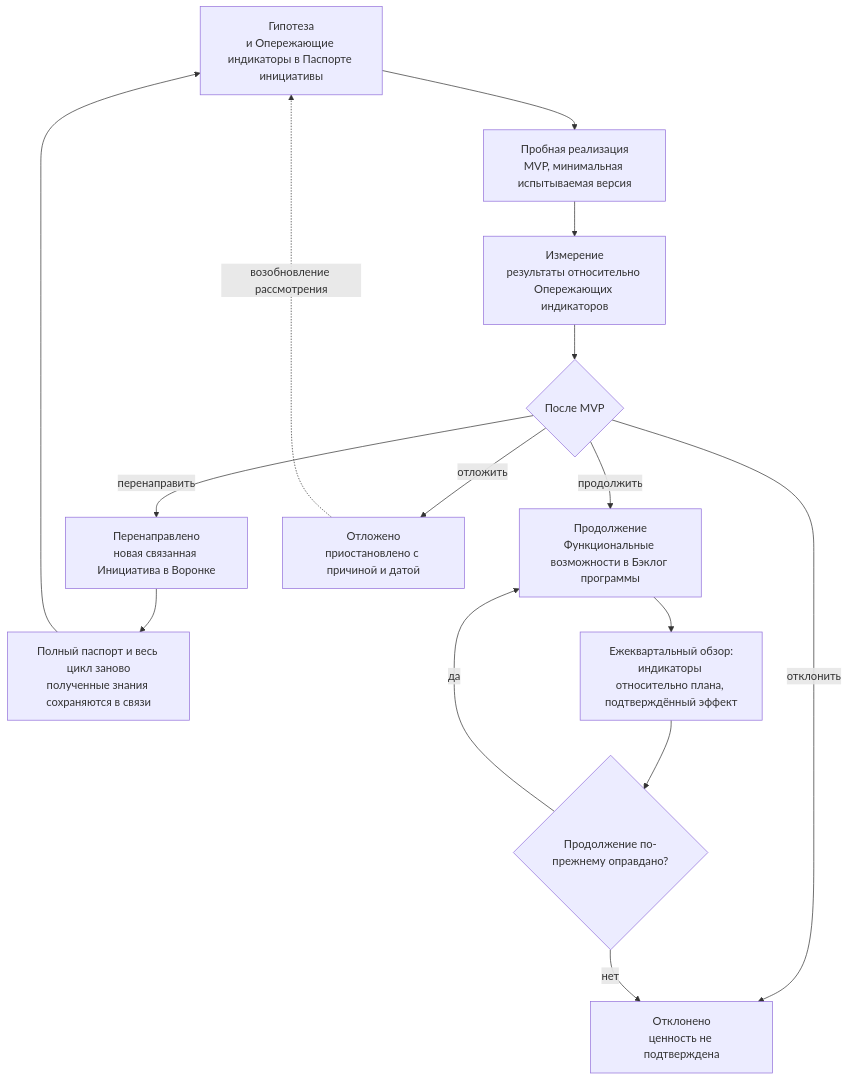
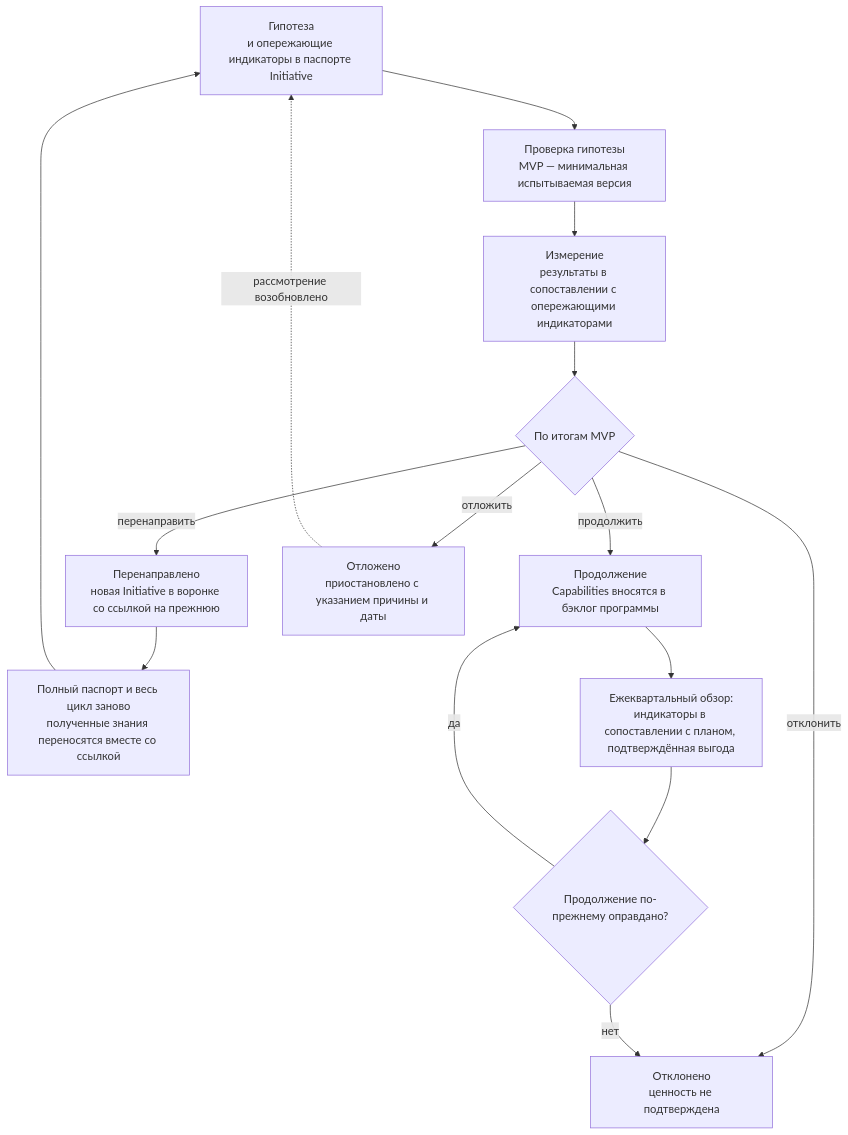
The seventh of 8 diagrams in charter/ru/documents/portfolio-management-model.md (devhogu/ob-aicc), drawn with Mermaid before and after one commit. The commit also changed other lines of this file and 4 other files, not shown here.

````diff
--- a/charter/ru/documents/portfolio-management-model.md
+++ b/charter/ru/documents/portfolio-management-model.md
@@ -271,17 +271,17 @@
 ```mermaid
 flowchart TB
-  H["Гипотеза<br/>и Опережающие индикаторы в Паспорте инициативы"] --> P["Пробная реализация<br/>MVP, минимальная испытываемая версия"]
-  P --> M["Измерение<br/>результаты относительно Опережающих индикаторов"]
-  M --> D{"После MVP"}
-  D -->|продолжить| C["Продолжение<br/>Функциональные возможности в Бэклог программы"]
-  D -->|перенаправить| V["Перенаправлено<br/>новая связанная Инициатива в Воронке"]
-  D -->|отложить| DF["Отложено<br/>приостановлено с причиной и датой"]
+  H["Гипотеза<br/>и опережающие индикаторы в паспорте Initiative"] --> P["Проверка гипотезы<br/>MVP — минимальная испытываемая версия"]
+  P --> M["Измерение<br/>результаты в сопоставлении с опережающими индикаторами"]
+  M --> D{"По итогам MVP"}
+  D -->|продолжить| C["Продолжение<br/>Capabilities вносятся в бэклог программы"]
+  D -->|перенаправить| V["Перенаправлено<br/>новая Initiative в воронке со ссылкой на прежнюю"]
+  D -->|отложить| DF["Отложено<br/>приостановлено с указанием причины и даты"]
   D -->|отклонить| R["Отклонено<br/>ценность не подтверждена"]
-  DF -.возобновление рассмотрения.-> H
-  V --> H2["Полный паспорт и весь цикл заново<br/>полученные знания сохраняются в связи"]
+  DF -.рассмотрение возобновлено.-> H
+  V --> H2["Полный паспорт и весь цикл заново<br/>полученные знания переносятся вместе со ссылкой"]
   H2 --> H
-  C --> Q["Ежеквартальный обзор:<br/>индикаторы относительно плана, подтверждённый эффект"]
+  C --> Q["Ежеквартальный обзор:<br/>индикаторы в сопоставлении с планом, подтверждённая выгода"]
   Q --> D2{"Продолжение по-прежнему оправдано?"}
   D2 -->|да| C
   D2 -->|нет| R
 ```
````
